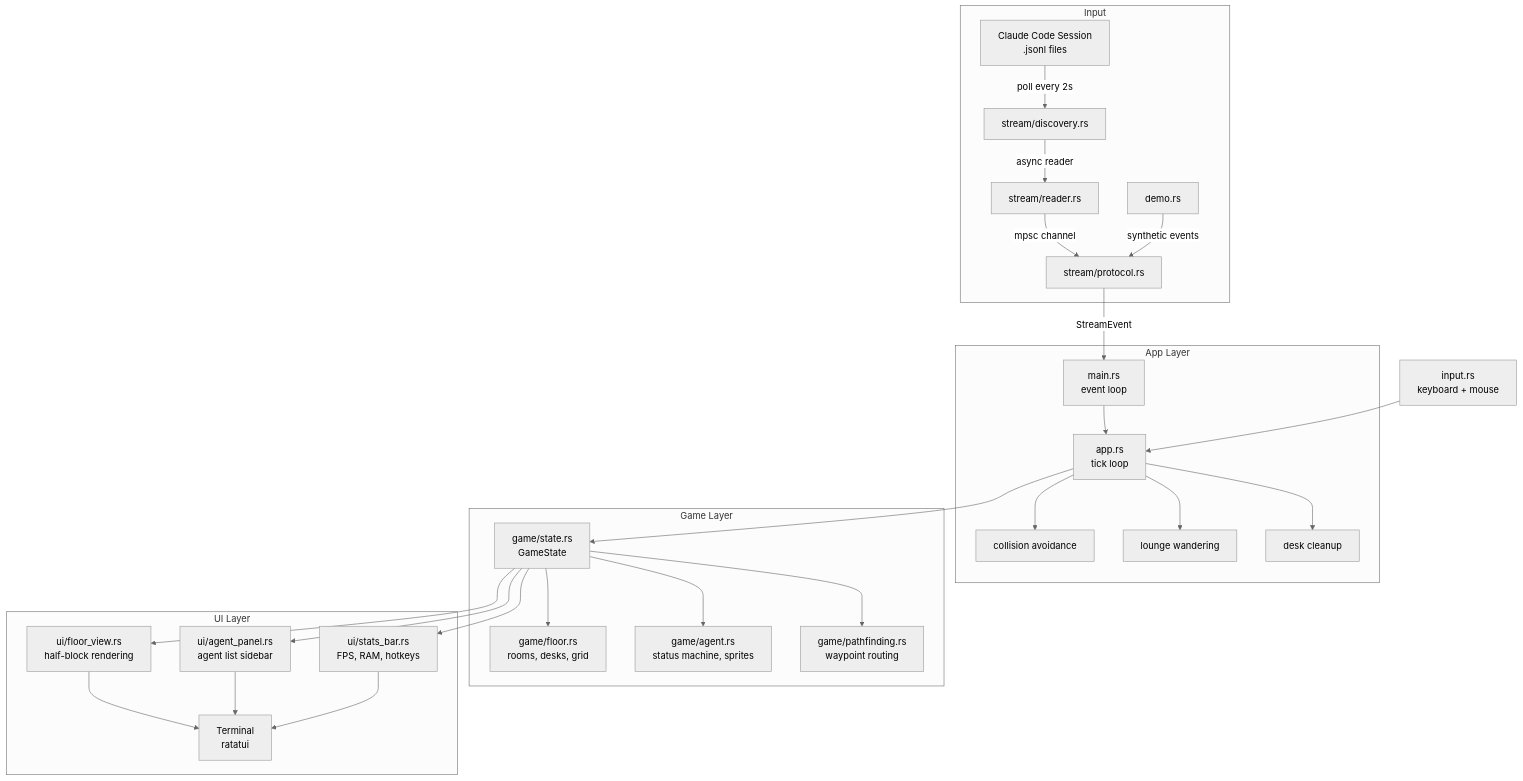
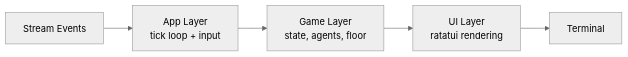
Before and after one commit to anduong96/agents-story: the diagram in README.md, drawn with Mermaid (neutral theme). The commit also changed other lines of this file, not shown here.

Commit message:
docs: simplify architecture diagram and clarify usage section

````diff
--- a/README.md
+++ b/README.md
@@ -86,35 +88,7 @@
 ```mermaid
-graph TD
-    subgraph Input
-        A[Claude Code Session<br/>.jsonl files] -->|poll every 2s| B[stream/discovery.rs]
-        B -->|async reader| C[stream/reader.rs]
-        C -->|mpsc channel| D[stream/protocol.rs]
-        E[demo.rs] -->|synthetic events| D
-    end
-
-    subgraph App Layer
-        D -->|StreamEvent| F[main.rs<br/>event loop]
-        F --> G[app.rs<br/>tick loop]
-        G --> H[collision avoidance]
-        G --> I[lounge wandering]
-        G --> J[desk cleanup]
-    end
-
-    subgraph Game Layer
-        G --> K[game/state.rs<br/>GameState]
-        K --> L[game/floor.rs<br/>rooms, desks, grid]
-        K --> M[game/agent.rs<br/>status machine, sprites]
-        K --> N[game/pathfinding.rs<br/>waypoint routing]
-    end
-
-    subgraph UI Layer
-        K --> O[ui/floor_view.rs<br/>half-block rendering]
-        K --> P[ui/agent_panel.rs<br/>agent list sidebar]
-        K --> Q[ui/stats_bar.rs<br/>FPS, RAM, hotkeys]
-        O --> R[Terminal<br/>ratatui]
-        P --> R
-        Q --> R
-    end
-
-    S[input.rs<br/>keyboard + mouse] --> G
+graph LR
+    A[Stream Events] --> B[App Layer<br/>tick loop + input]
+    B --> C[Game Layer<br/>state, agents, floor]
+    C --> D[UI Layer<br/>ratatui rendering]
+    D --> E[Terminal]
 ```
````
